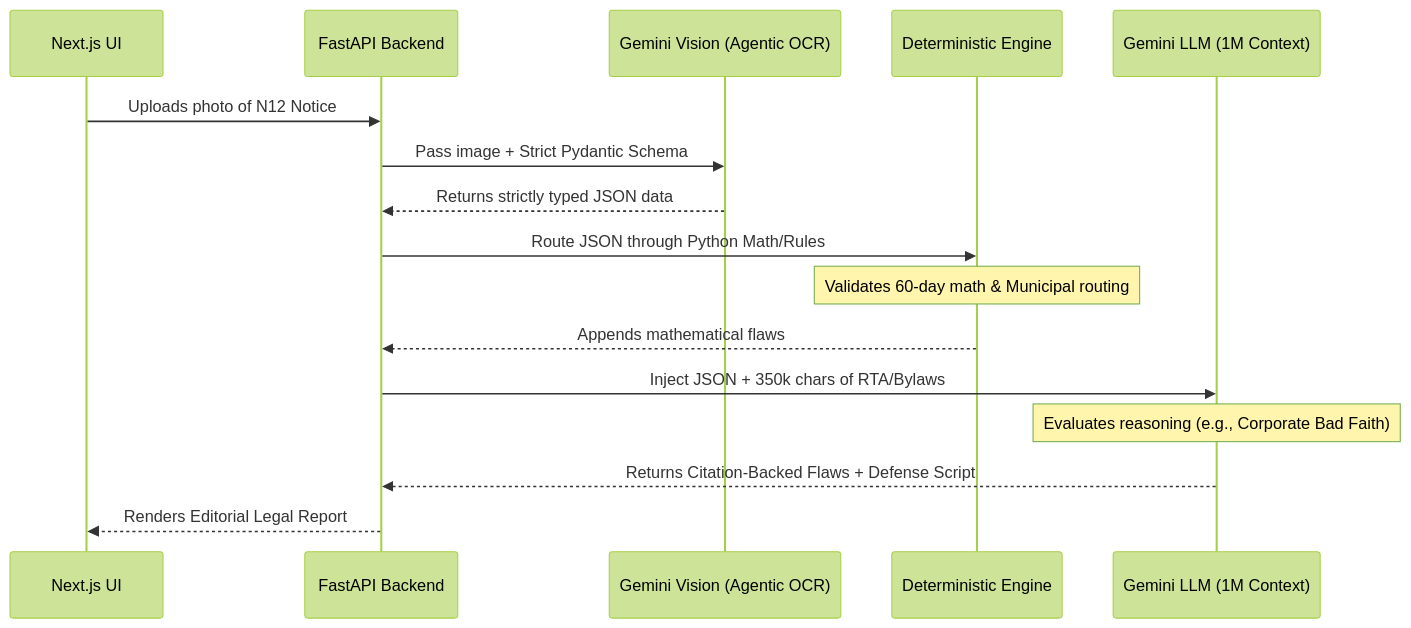
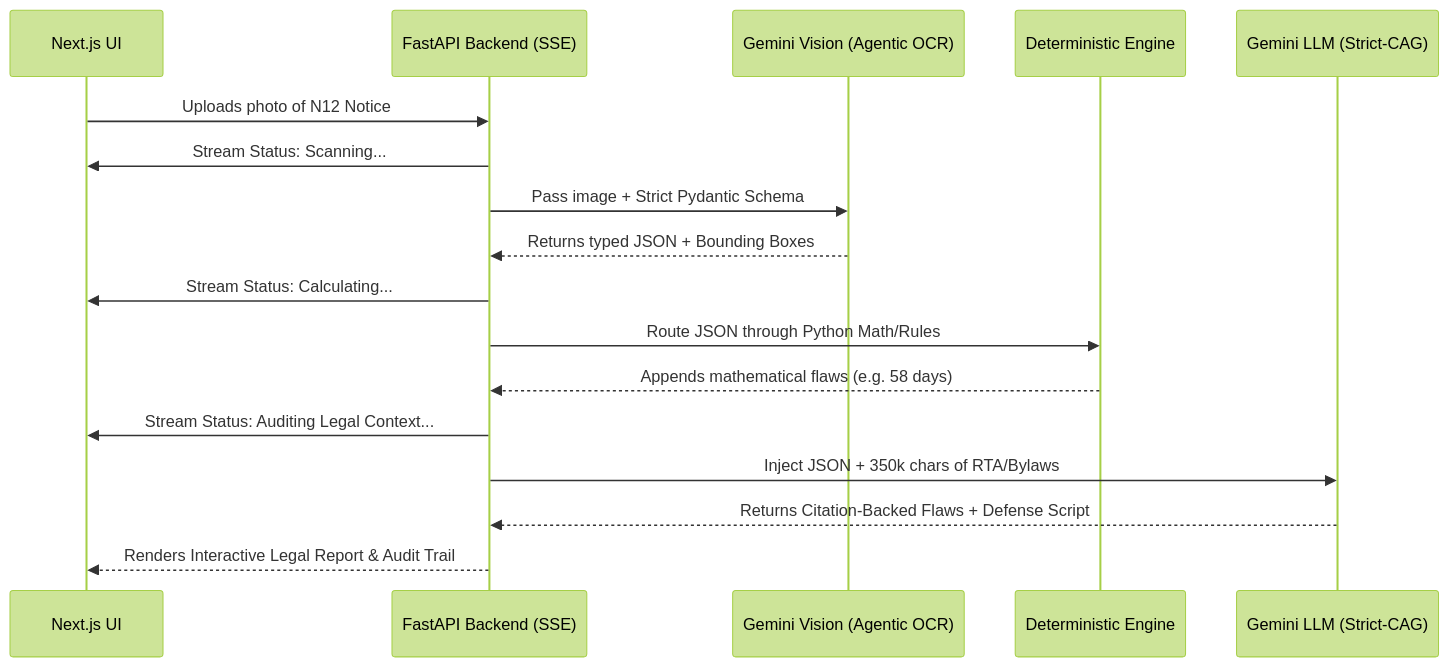
Before and after one commit to DevanshMistry890/tenant-defender: the diagram in README.md, drawn with Mermaid (forest theme). The commit also changed other lines of this file and 7 other files, not shown here.

Commit message:
v2 updates -added more page support -handle visual trail audit for user. -improved UX

````diff
--- a/README.md
+++ b/README.md
@@ -31,23 +31,24 @@
 ```mermaid
 sequenceDiagram
     participant User as Next.js UI
-    participant API as FastAPI Backend
+    participant API as FastAPI Backend (SSE)
     participant OCR as Gemini Vision (Agentic OCR)
     participant Logic as Deterministic Engine
-    participant CAG as Gemini LLM (1M Context)
+    participant CAG as Gemini LLM (Strict-CAG)
     
     User->>API: Uploads photo of N12 Notice
+    API->>User: Stream Status: Scanning...
     API->>OCR: Pass image + Strict Pydantic Schema
-    OCR-->>API: Returns strictly typed JSON data
+    OCR-->>API: Returns typed JSON + Bounding Boxes
     
+    API->>User: Stream Status: Calculating...
     API->>Logic: Route JSON through Python Math/Rules
-    Note over Logic: Validates 60-day math & Municipal routing
-    Logic-->>API: Appends mathematical flaws
+    Logic-->>API: Appends mathematical flaws (e.g. 58 days)
     
+    API->>User: Stream Status: Auditing Legal Context...
     API->>CAG: Inject JSON + 350k chars of RTA/Bylaws
-    Note over CAG: Evaluates reasoning (e.g., Corporate Bad Faith)
     CAG-->>API: Returns Citation-Backed Flaws + Defense Script
     
-    API-->>User: Renders Editorial Legal Report
+    API-->>User: Renders Interactive Legal Report & Audit Trail
 
 ```
````
